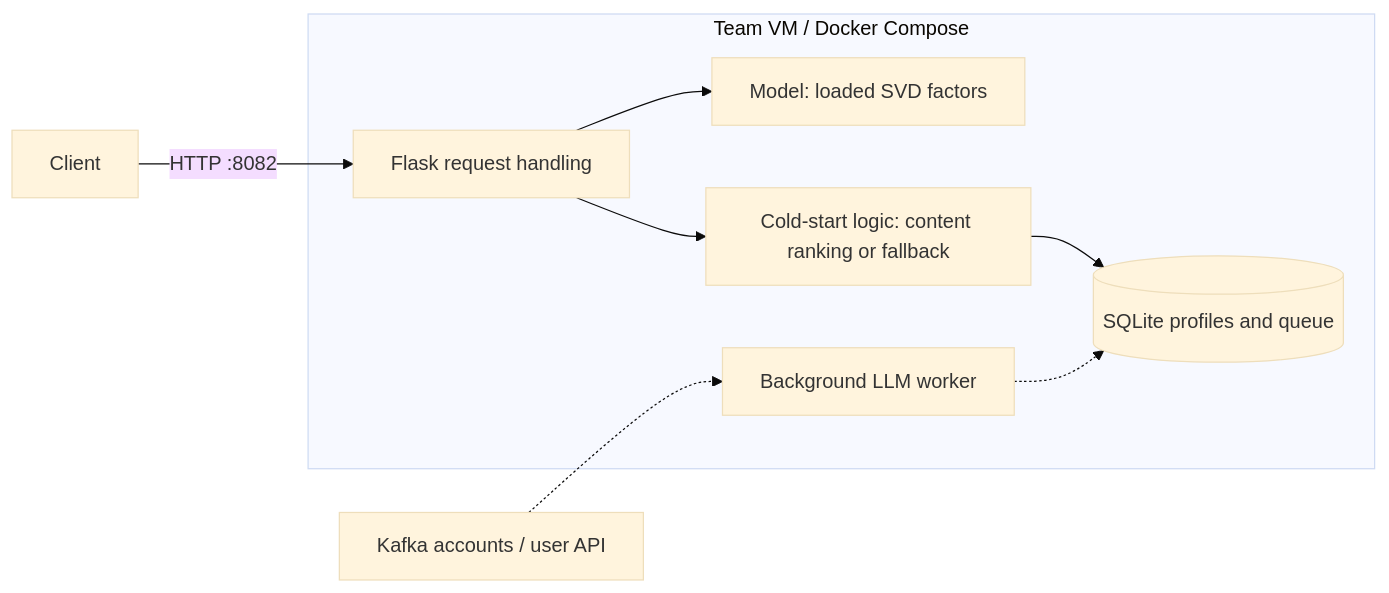
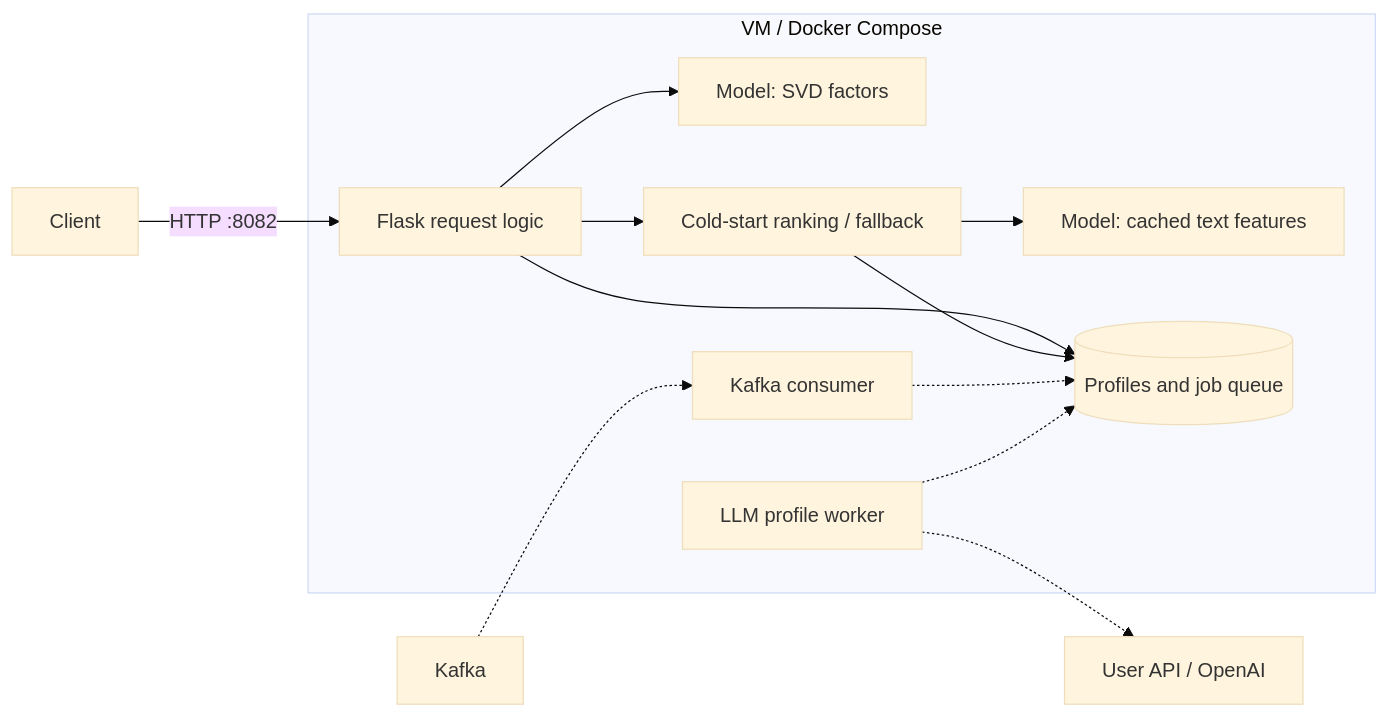
One commit to jwatson8/The-Neural-Network changed the diagram in planning/Milestone1/containerization_and_deployment.md. Above: the diagram before and after it, drawn with Mermaid (base theme). The commit also changed other lines of this file and 7 other files, not shown here.

````diff
--- a/planning/Milestone1/containerization_and_deployment.md
+++ b/planning/Milestone1/containerization_and_deployment.md
@@ -7,11 +7,15 @@
 ```mermaid
 flowchart LR
-    Client[Client] -->|HTTP :8082| API[Flask request handling]
-    subgraph VM[Team VM / Docker Compose]
-        API --> Model[Model: loaded SVD factors]
-        API --> Cold[Cold-start logic: content ranking or fallback]
-        Cold --> DB[(SQLite profiles and queue)]
-        Worker[Background LLM worker] -.-> DB
+    Client -->|HTTP :8082| API[Flask request logic]
+    subgraph VM[VM / Docker Compose]
+        API --> Model[Model: SVD factors]
+        API --> Cold[Cold-start ranking / fallback]
+        Cold --> Features[Model: cached text features]
+        API --> DB[(Profiles and job queue)]
+        Cold --> DB
+        KafkaWorker[Kafka consumer] -.-> DB
+        Worker[LLM profile worker] -.-> DB
     end
-    Inputs[Kafka accounts / user API] -.-> Worker
+    Kafka -.-> KafkaWorker
+    Worker -.-> External[User API / OpenAI]
 ```
````
